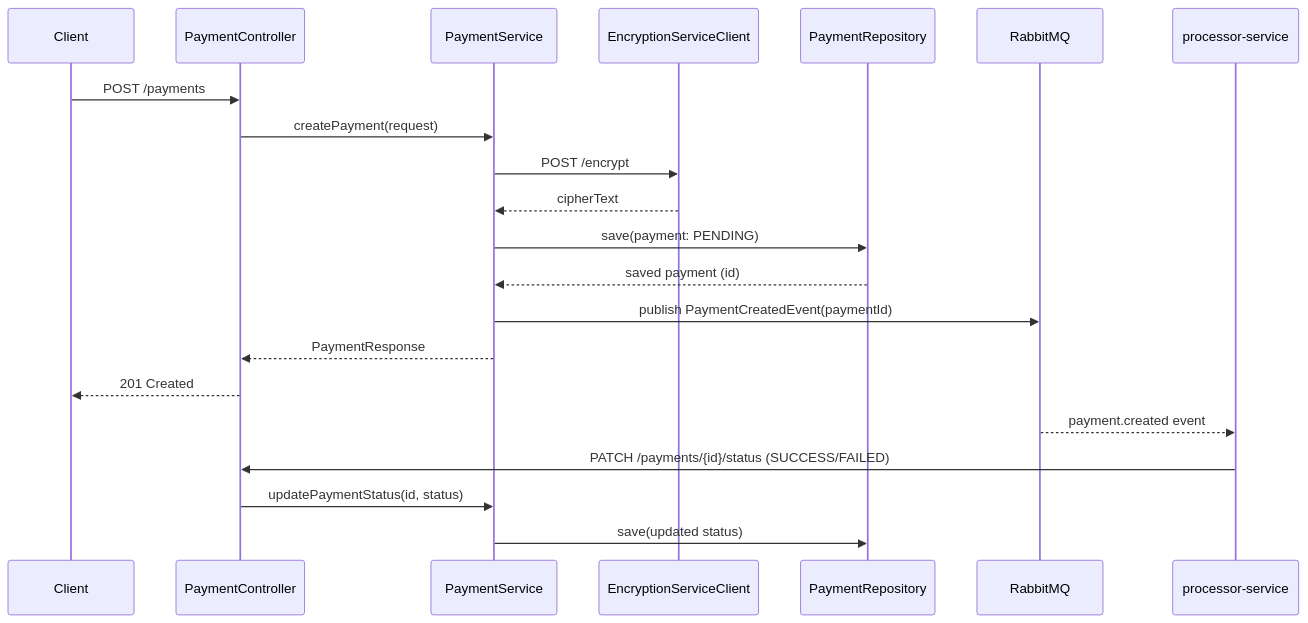
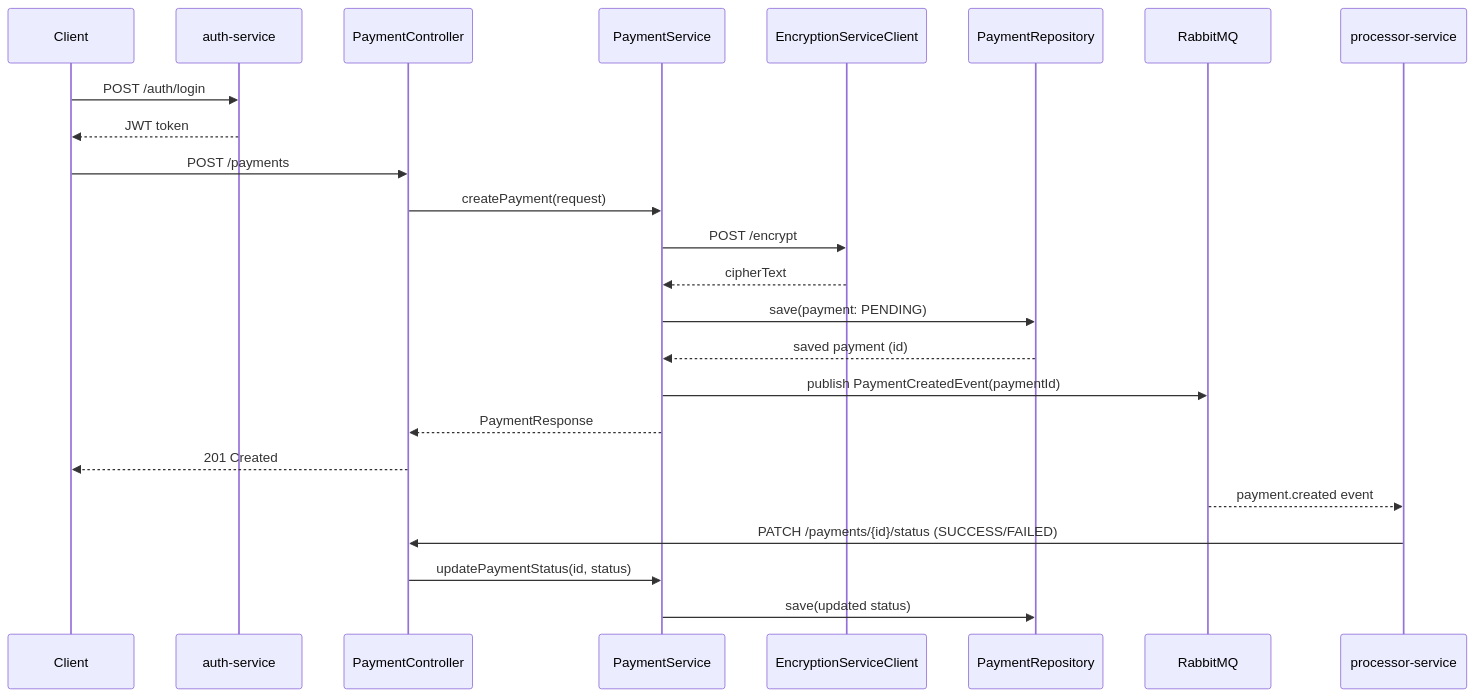
One commit to riditalove/payment-service changed the second of 2 diagrams in payment-service/README.md. Above: the diagram before and after it, drawn with Mermaid. The commit also changed other lines of this file and 18 other files, not shown here.

First line of the commit message:
Add JWT auth-service and document auth flow.

````diff
--- a/payment-service/README.md
+++ b/payment-service/README.md
@@ -165,25 +178,28 @@
 ```mermaid
 sequenceDiagram
     participant Client
+    participant Auth as auth-service
     participant Controller as PaymentController
     participant Service as PaymentService
     participant Encrypt as EncryptionServiceClient
     participant Repo as PaymentRepository
     participant Rabbit as RabbitMQ
     participant Processor as processor-service
 
+    Client->>Auth: POST /auth/login
+    Auth-->>Client: JWT token
     Client->>Controller: POST /payments
     Controller->>Service: createPayment(request)
     Service->>Encrypt: POST /encrypt
     Encrypt-->>Service: cipherText
     Service->>Repo: save(payment: PENDING)
     Repo-->>Service: saved payment (id)
     Service->>Rabbit: publish PaymentCreatedEvent(paymentId)
     Service-->>Controller: PaymentResponse
     Controller-->>Client: 201 Created
 
     Rabbit-->>Processor: payment.created event
     Processor->>Controller: PATCH /payments/{id}/status (SUCCESS/FAILED)
     Controller->>Service: updatePaymentStatus(id, status)
     Service->>Repo: save(updated status)
 ```
````
